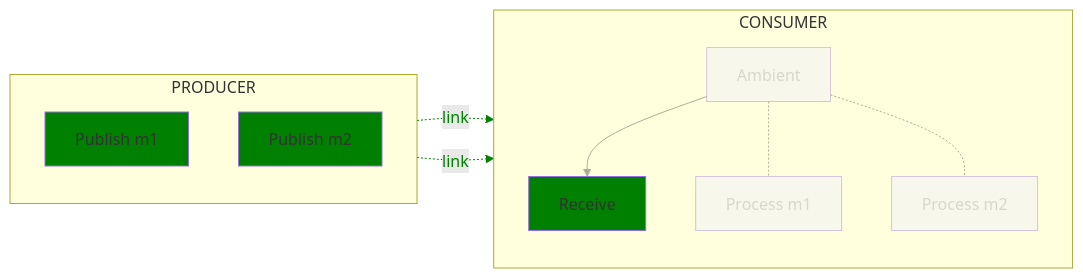
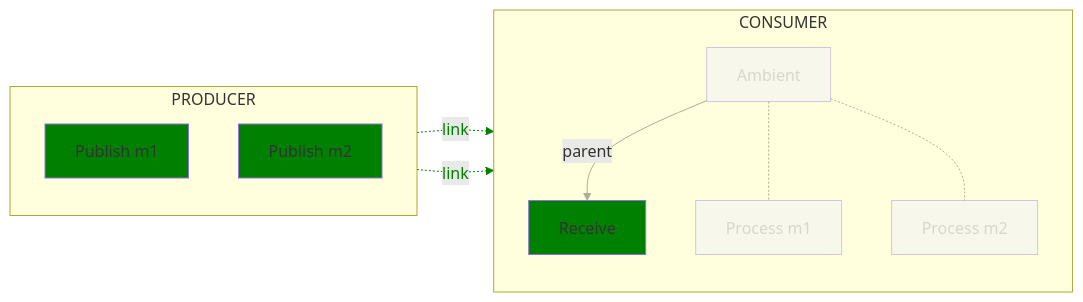
The tenth of 12 diagrams in text/trace/0220-messaging-semantic-conventions-span-structure.md (open-telemetry/oteps), drawn with Mermaid before and after one commit. The commit also changed other lines of this file, not shown here.

Commit message:
Add parent label on diagrams

````diff
--- a/text/trace/0220-messaging-semantic-conventions-span-structure.md
+++ b/text/trace/0220-messaging-semantic-conventions-span-structure.md
@@ -529,23 +529,23 @@
 ```mermaid
 flowchart LR;
   subgraph PRODUCER
   direction TB
   PM1[Publish m1]
   PM2[Publish m2]
   end
   subgraph CONSUMER
   direction TB
-  A[Ambient]-->R[Receive]
+  A[Ambient]-->|parent|R[Receive]
   A-.-PRM1[Process m1]
   A-.-PRM2[Process m2]
   end
   PM1-. link .->R;
   PM2-. link .->R;
 
   classDef normal fill:green
   class PM1,PM2,R normal
   classDef additional opacity:0.4
   class A,PRM1,PRM2 additional
   linkStyle 0,1,2 opacity:0.4
   linkStyle 3,4 color:green,stroke:green
 ```
````
